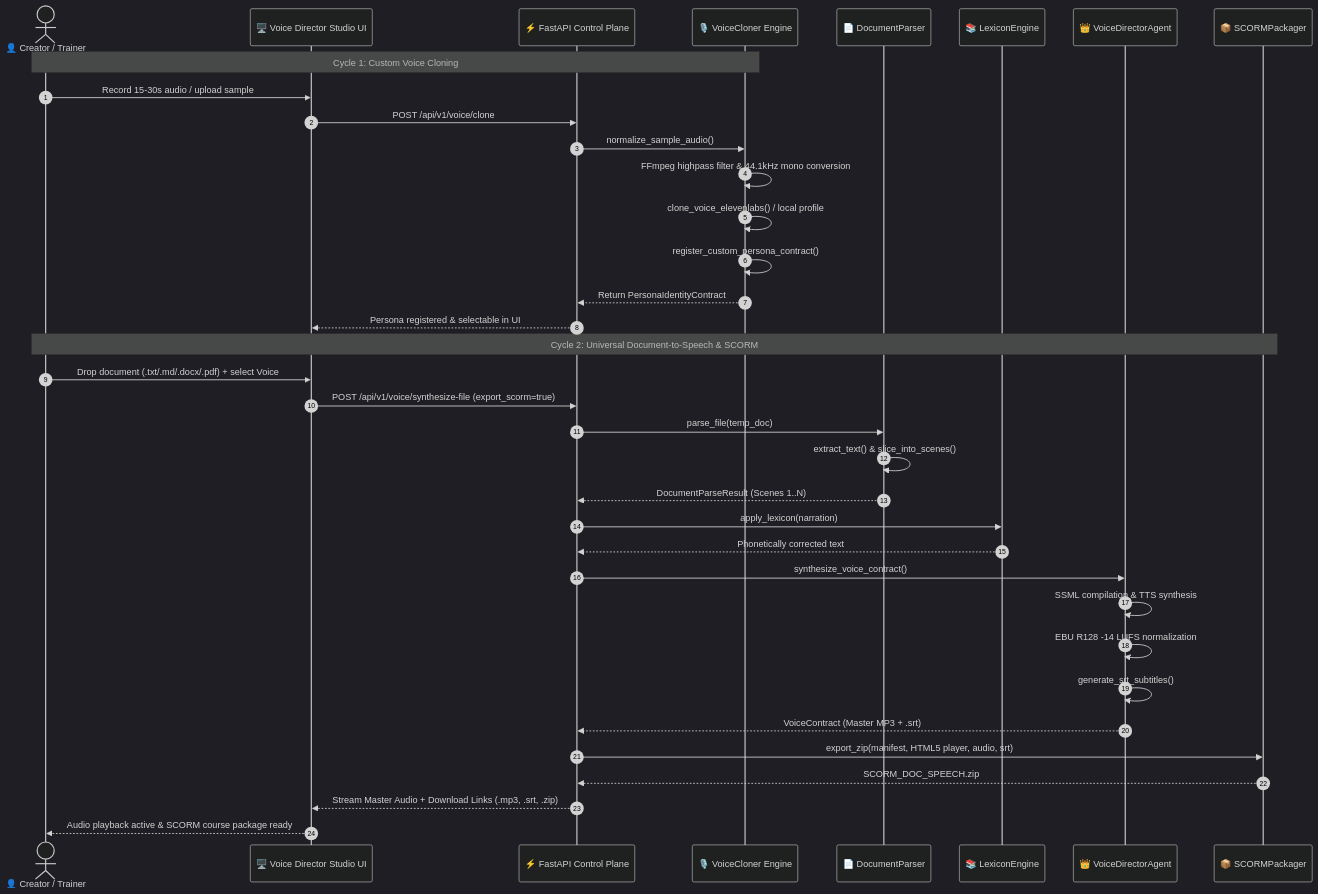
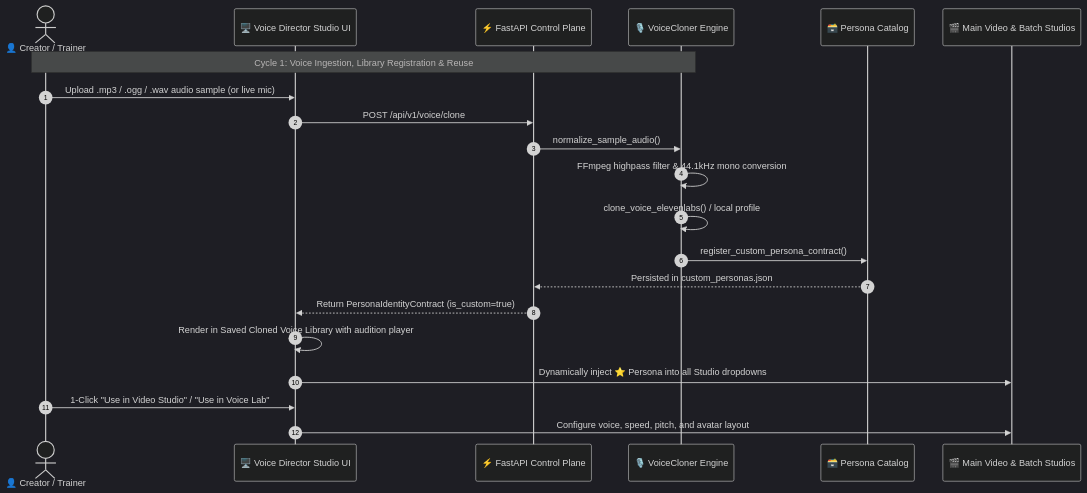
One commit to DrisyonAI/Modular-NeuroClips changed the third of 4 diagrams in PRD_PORTAL_SPECIFICATION.md. Above: the diagram before and after it, drawn with Mermaid (dark theme). The commit also changed other lines of this file and 1 other file, not shown here.

Commit message:
docs(voice): update BRD, FRD, and README for mp3/ogg voice cloning and library reuse

````diff
--- a/PRD_PORTAL_SPECIFICATION.md
+++ b/PRD_PORTAL_SPECIFICATION.md
@@ -587,42 +589,25 @@
 ```mermaid
 sequenceDiagram
     autonumber
     actor Creator as 👤 Creator / Trainer
     participant UI as 🖥️ Voice Director Studio UI
     participant API as ⚡ FastAPI Control Plane
     participant Cloner as 🎙️ VoiceCloner Engine
-    participant Parser as 📄 DocumentParser
-    participant Lexicon as 📚 LexiconEngine
-    participant VoiceAgent as 👑 VoiceDirectorAgent
-    participant SCORM as 📦 SCORMPackager
+    participant Catalog as 🗃️ Persona Catalog
+    participant Studio as 🎬 Main Video & Batch Studios
 
-    %% Voice Cloning Cycle
-    Note over Creator,Cloner: Cycle 1: Custom Voice Cloning
-    Creator->>UI: Record 15-30s audio / upload sample
+    %% Voice Cloning & Library Cycle
+    Note over Creator,Cloner: Cycle 1: Voice Ingestion, Library Registration & Reuse
+    Creator->>UI: Upload .mp3 / .ogg / .wav audio sample (or live mic)
     UI->>API: POST /api/v1/voice/clone
     API->>Cloner: normalize_sample_audio()
     Cloner->>Cloner: FFmpeg highpass filter & 44.1kHz mono conversion
     Cloner->>Cloner: clone_voice_elevenlabs() / local profile
-    Cloner->>Cloner: register_custom_persona_contract()
-    Cloner-->>API: Return PersonaIdentityContract
-    API-->>UI: Persona registered & selectable in UI
-
-    %% Document Speech Cycle
-    Note over Creator,SCORM: Cycle 2: Universal Document-to-Speech & SCORM
-    Creator->>UI: Drop document (.txt/.md/.docx/.pdf) + select Voice
-    UI->>API: POST /api/v1/voice/synthesize-file (export_scorm=true)
-    API->>Parser: parse_file(temp_doc)
-    Parser->>Parser: extract_text() & slice_into_scenes()
-    Parser-->>API: DocumentParseResult (Scenes 1..N)
-    API->>Lexicon: apply_lexicon(narration)
-    Lexicon-->>API: Phonetically corrected text
-    API->>VoiceAgent: synthesize_voice_contract()
-    VoiceAgent->>VoiceAgent: SSML compilation & TTS synthesis
-    VoiceAgent->>VoiceAgent: EBU R128 -14 LUFS normalization
-    VoiceAgent->>VoiceAgent: generate_srt_subtitles()
-    VoiceAgent-->>API: VoiceContract (Master MP3 + .srt)
-    API->>SCORM: export_zip(manifest, HTML5 player, audio, srt)
-    SCORM-->>API: SCORM_DOC_SPEECH.zip
-    API-->>UI: Stream Master Audio + Download Links (.mp3, .srt, .zip)
-    UI-->>Creator: Audio playback active & SCORM course package ready
+    Cloner->>Catalog: register_custom_persona_contract()
+    Catalog-->>API: Persisted in custom_personas.json
+    API-->>UI: Return PersonaIdentityContract (is_custom=true)
+    UI->>UI: Render in Saved Cloned Voice Library with audition player
+    UI->>Studio: Dynamically inject ⭐ Persona into all Studio dropdowns
+    Creator->>UI: 1-Click "Use in Video Studio" / "Use in Voice Lab"
+    UI->>Studio: Configure voice, speed, pitch, and avatar layout
 ```
````
